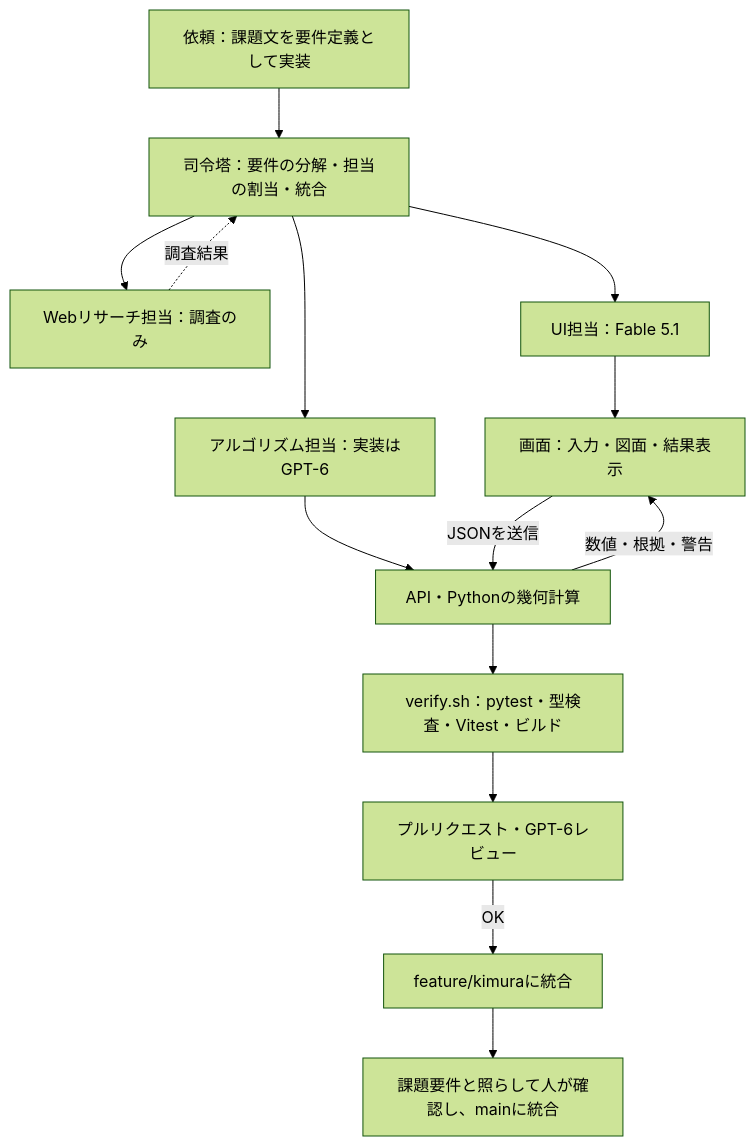
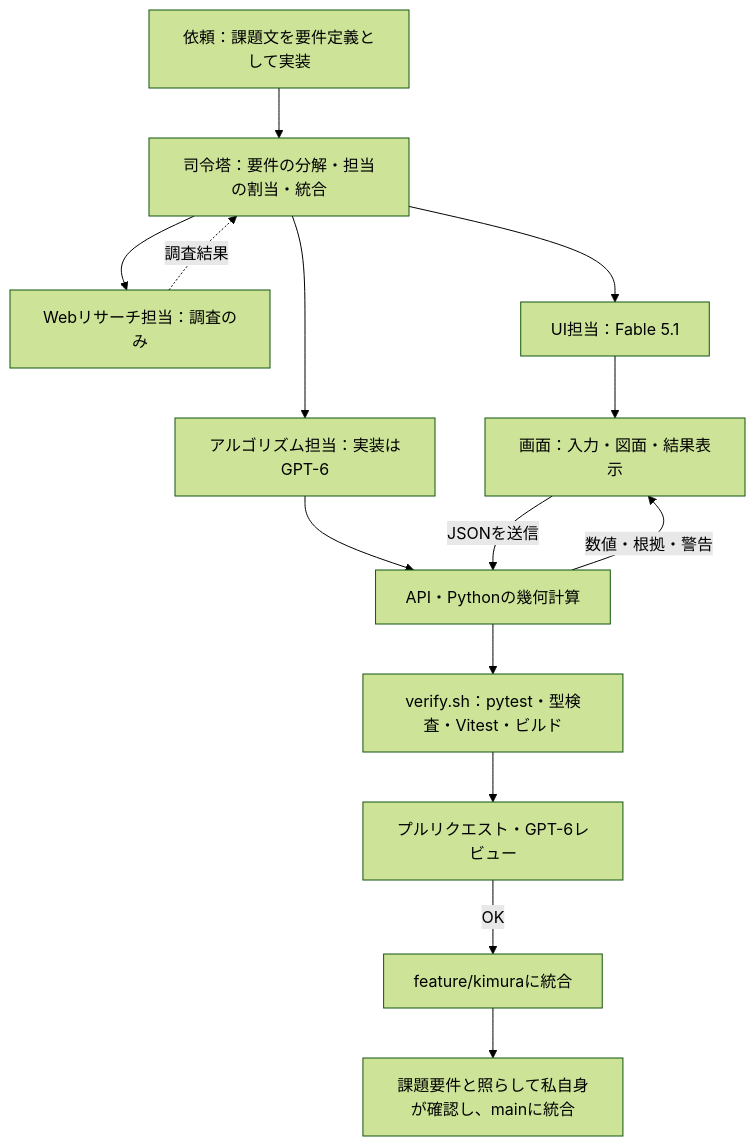
One commit to Kimurist2024/KKG-kadai changed the diagram in README.md. Above: the diagram before and after it, drawn with Mermaid (forest theme). The commit also changed other lines of this file, not shown here.

````diff
--- a/README.md
+++ b/README.md
@@ -167,10 +167,10 @@
 ```mermaid
 flowchart TD
     P["依頼：課題文を要件定義として実装"] --> M["司令塔：要件の分解・担当の割当・統合"]
     M --> R["Webリサーチ担当：調査のみ"] -.->|"調査結果"| M
     M --> UI["UI担当：Fable 5.1"] --> U["画面：入力・図面・結果表示"]
     M --> AL["アルゴリズム担当：実装はGPT-6"] --> G["API・Pythonの幾何計算"]
     U -->|"JSONを送信"| G -->|"数値・根拠・警告"| U
     G --> V["verify.sh：pytest・型検査・Vitest・ビルド"] --> RV["プルリクエスト・GPT-6レビュー"]
-    RV -->|"OK"| F["feature/kimuraに統合"] --> H["課題要件と照らして人が確認し、mainに統合"]
+    RV -->|"OK"| F["feature/kimuraに統合"] --> H["課題要件と照らして私自身が確認し、mainに統合"]
 ```
````
